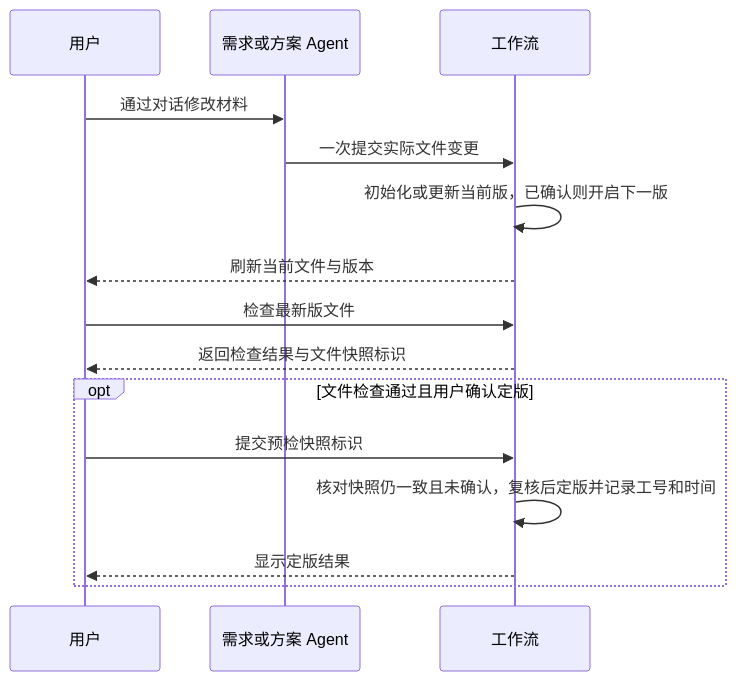
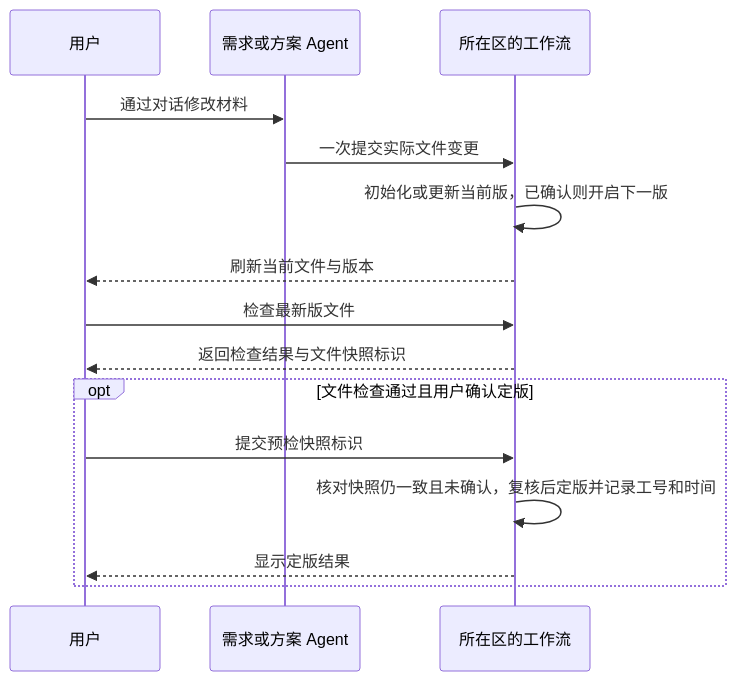
The second of 3 diagrams in docs/specs/aireq/proposals.md (jchanghong023/ZCode), drawn with Mermaid before and after one commit. The commit also changed other lines of this file and 68 other files, not shown here.

````diff
--- a/docs/specs/aireq/proposals.md
+++ b/docs/specs/aireq/proposals.md
@@ -352,17 +79,17 @@
 ```mermaid
 sequenceDiagram
   participant U as 用户
   participant A as 需求或方案 Agent
-  participant W as 工作流
+  participant W as 所在区的工作流
   U->>A: 通过对话修改材料
   A->>W: 一次提交实际文件变更
   W->>W: 初始化或更新当前版，已确认则开启下一版
   W-->>U: 刷新当前文件与版本
   U->>W: 检查最新版文件
   W-->>U: 返回检查结果与文件快照标识
   opt 文件检查通过且用户确认定版
     U->>W: 提交预检快照标识
     W->>W: 核对快照仍一致且未确认，复核后定版并记录工号和时间
     W-->>U: 显示定版结果
   end
 ```
````
